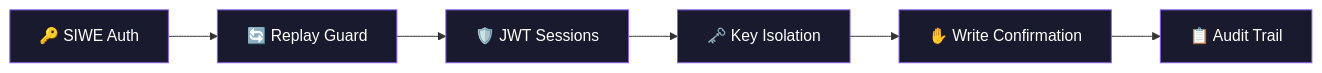
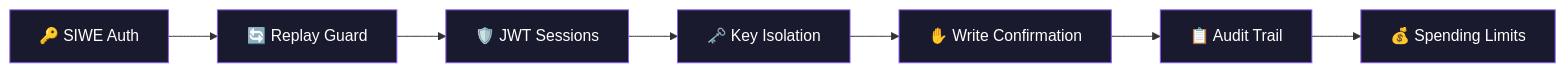
Before and after one commit to Hitman350/Dimensity: the second of 4 diagrams in README.md, drawn with Mermaid. The commit also changed other lines of this file and 17 other files, not shown here.

````diff
--- a/README.md
+++ b/README.md
@@ -135,11 +186,12 @@
 ```mermaid
 graph LR
-    A["🔑 SIWE Auth"] --> B["🔄 Replay Guard"] --> C["🛡️ JWT Sessions"] --> D["🗝️ Key Isolation"] --> E["✋ Write Confirmation"] --> F["📋 Audit Trail"]
+    A["🔑 SIWE Auth"] --> B["🔄 Replay Guard"] --> C["🛡️ JWT Sessions"] --> D["🗝️ Key Isolation"] --> E["✋ Write Confirmation"] --> F["📋 Audit Trail"] --> G["💰 Spending Limits"]
 
     style A fill:#1a1a2e,stroke:#8B5CF6,color:#fff
     style B fill:#1a1a2e,stroke:#8B5CF6,color:#fff
     style C fill:#1a1a2e,stroke:#8B5CF6,color:#fff
     style D fill:#1a1a2e,stroke:#8B5CF6,color:#fff
     style E fill:#1a1a2e,stroke:#8B5CF6,color:#fff
     style F fill:#1a1a2e,stroke:#8B5CF6,color:#fff
+    style G fill:#1a1a2e,stroke:#8B5CF6,color:#fff
 ```
````
